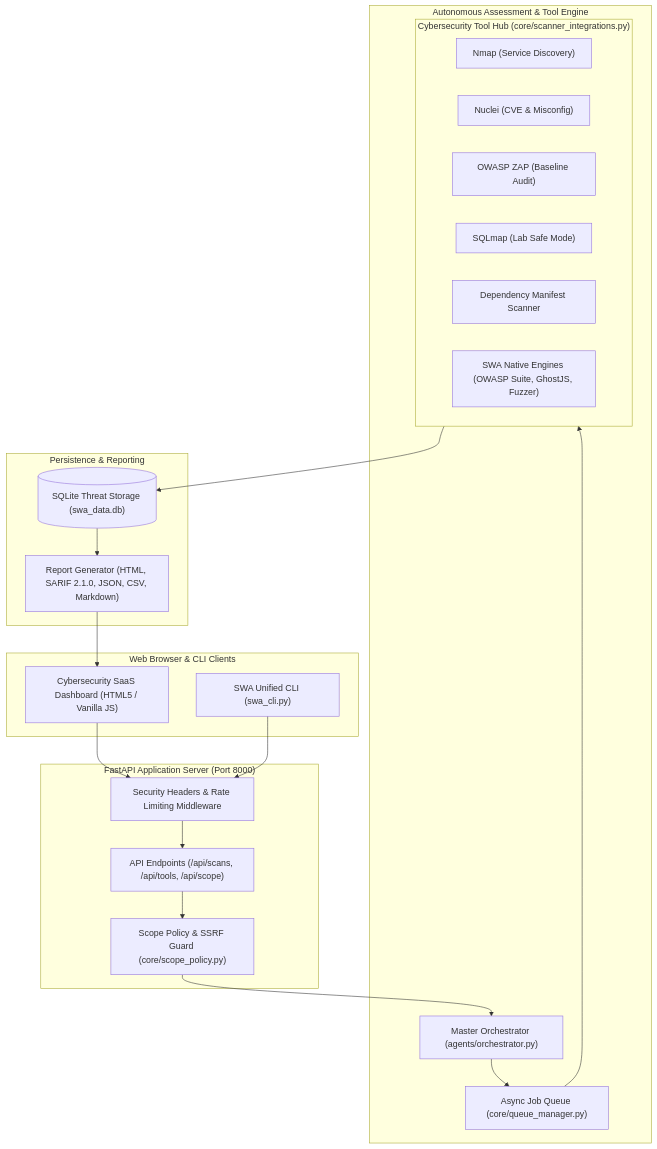
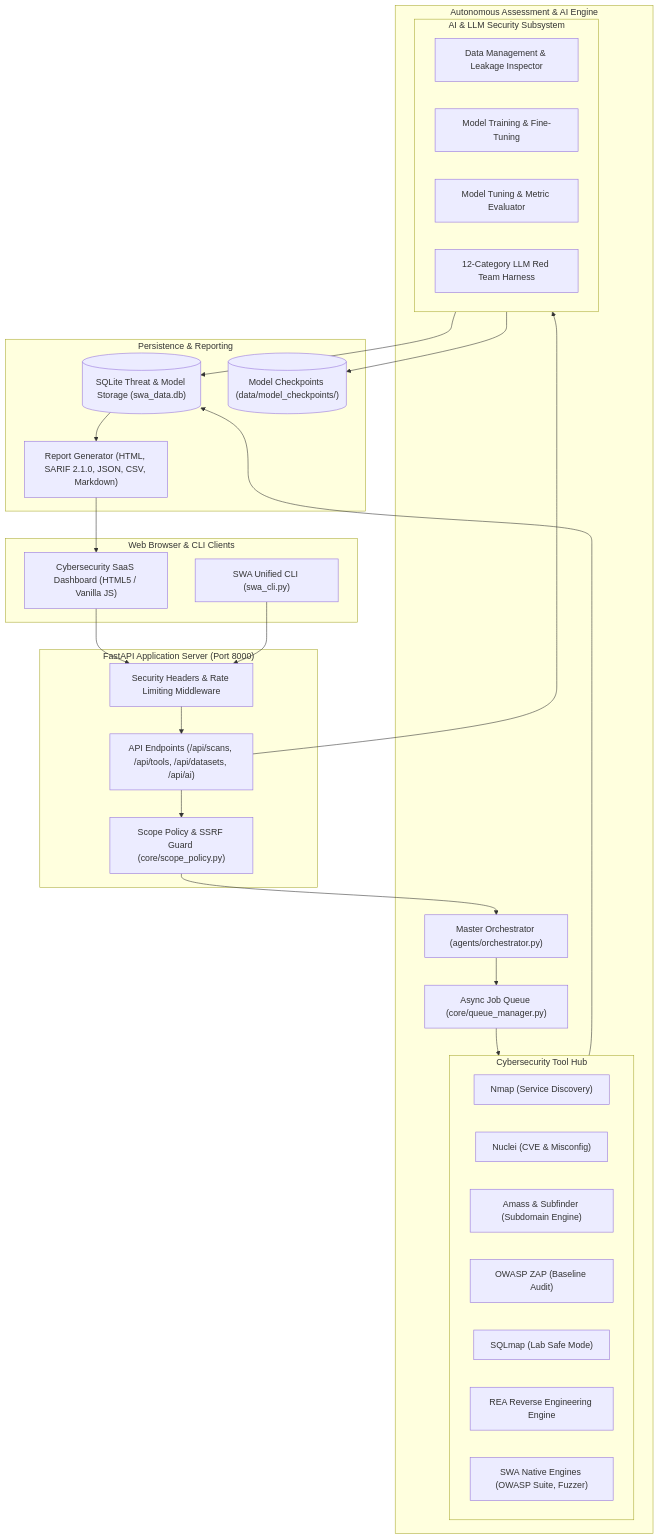
Before and after one commit to 545e/SWA: the diagram in docs/ARCHITECTURE.md, drawn with Mermaid. The commit also changed other lines of this file and 26 other files, not shown here.

Commit message:
feat: complete unified SOC platform with AI training, LLM red-team, data management, and 65 passed QA tests

````diff
--- a/docs/ARCHITECTURE.md
+++ b/docs/ARCHITECTURE.md
@@ -7,43 +7,55 @@
 ```mermaid
 flowchart TD
     subgraph Client["Web Browser & CLI Clients"]
         UI["Cybersecurity SaaS Dashboard (HTML5 / Vanilla JS)"]
         CLI["SWA Unified CLI (swa_cli.py)"]
     end
 
     subgraph API["FastAPI Application Server (Port 8000)"]
         SEC["Security Headers & Rate Limiting Middleware"]
-        ROUTERS["API Endpoints (/api/scans, /api/tools, /api/scope)"]
+        ROUTERS["API Endpoints (/api/scans, /api/tools, /api/datasets, /api/ai)"]
         SCOPE["Scope Policy & SSRF Guard (core/scope_policy.py)"]
     end
 
-    subgraph Engine["Autonomous Assessment & Tool Engine"]
+    subgraph Engine["Autonomous Assessment & AI Engine"]
         ORCH["Master Orchestrator (agents/orchestrator.py)"]
         QUEUE["Async Job Queue (core/queue_manager.py)"]
         
-        subgraph Tools["Cybersecurity Tool Hub (core/scanner_integrations.py)"]
+        subgraph Tools["Cybersecurity Tool Hub"]
             NMAP["Nmap (Service Discovery)"]
             NUCLEI["Nuclei (CVE & Misconfig)"]
+            AMASS["Amass & Subfinder (Subdomain Engine)"]
             ZAP["OWASP ZAP (Baseline Audit)"]
             SQLMAP["SQLmap (Lab Safe Mode)"]
-            DEPS["Dependency Manifest Scanner"]
-            NATIVE["SWA Native Engines (OWASP Suite, GhostJS, Fuzzer)"]
+            REA["REA Reverse Engineering Engine"]
+            NATIVE["SWA Native Engines (OWASP Suite, Fuzzer)"]
+        end
+
+        subgraph AISec["AI & LLM Security Subsystem"]
+            DATA["Data Management & Leakage Inspector"]
+            TRAIN["Model Training & Fine-Tuning"]
+            EVAL["Model Tuning & Metric Evaluator"]
+            REDTEAM["12-Category LLM Red Team Harness"]
         end
     end
 
     subgraph Storage["Persistence & Reporting"]
-        DB[("SQLite Threat Storage (swa_data.db)")]
+        DB[("SQLite Threat & Model Storage (swa_data.db)")]
+        CKPT[("Model Checkpoints (data/model_checkpoints/)")]
         REP["Report Generator (HTML, SARIF 2.1.0, JSON, CSV, Markdown)"]
     end
 
     UI --> SEC
     CLI --> SEC
     SEC --> ROUTERS
     ROUTERS --> SCOPE
     SCOPE --> ORCH
+    ROUTERS --> AISec
     ORCH --> QUEUE
     QUEUE --> Tools
     Tools --> DB
+    AISec --> DB
+    AISec --> CKPT
     DB --> REP
     REP --> UI
 ```
````
